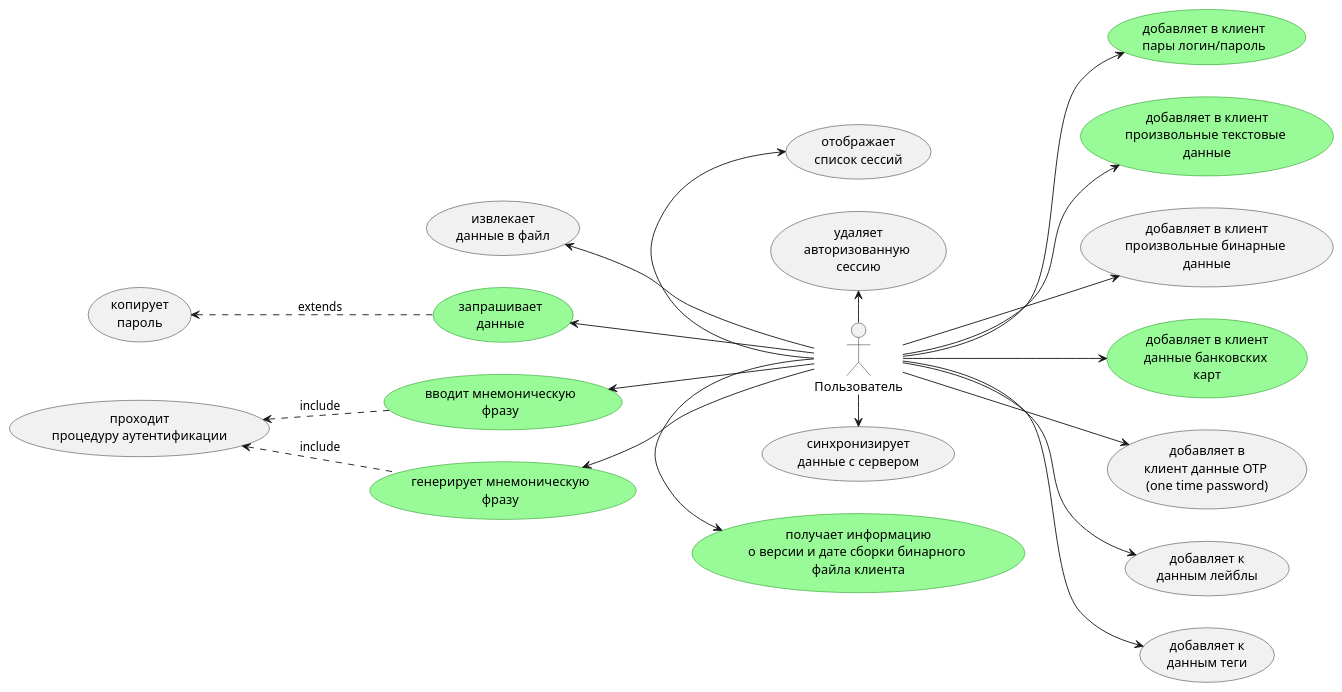
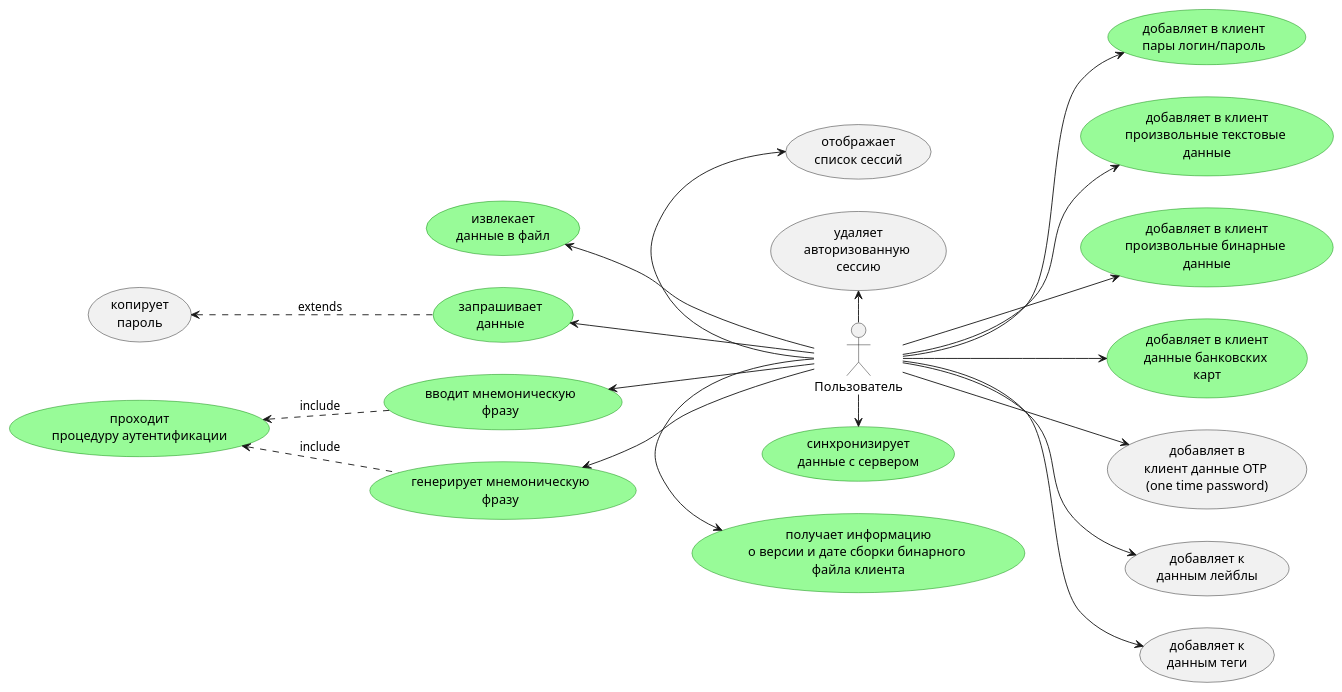
The diagram in doc/usecases.plantuml (gopherlearning/gophkeeper), drawn with PlantUML before and after one commit. The commit also changed 5 other files, not shown here.

```diff
--- a/doc/usecases.plantuml
+++ b/doc/usecases.plantuml
@@ -1,62 +1,62 @@
 @startuml usecase
 left to right direction
 actor Пользователь as u
 usecase UC1 #palegreen;line:green as "получает информацию 
 о версии и дате сборки бинарного 
 файла клиента" 
 usecase UC2 #palegreen;line:green as "генерирует мнемоническую
 фразу"
 usecase UC17  #palegreen;line:green as "вводит мнемоническую
 фразу"
-usecase UC11 as "проходит 
+usecase UC11 #palegreen;line:green as "проходит 
 процедуру аутентификации"
 usecase UC3 #palegreen;line:green as "добавляет в клиент 
 пары логин/пароль"
 usecase UC4  #palegreen;line:green as "добавляет в клиент 
 произвольные текстовые 
 данные"
-usecase UC5  as "добавляет в клиент 
+usecase UC5 #palegreen;line:green as "добавляет в клиент 
 произвольные бинарные 
 данные"
 usecase UC6 #palegreen;line:green as "добавляет в клиент 
 данные банковских 
 карт"
 usecase UC7  as "добавляет в 
 клиент данные OTP 
 (one time password)"
 usecase UC8  as "добавляет к 
 данным лейблы"
 usecase UC9  as "добавляет к 
 данным теги"
-usecase UC10 as "синхронизирует 
+usecase UC10 #palegreen;line:green as "синхронизирует 
 данные с сервером"
 usecase UC12 #palegreen;line:green as "запрашивает 
 данные"
 usecase UC13 as "копирует 
 пароль"
-usecase UC14 as "извлекает 
+usecase UC14 #palegreen;line:green as "извлекает 
 данные в файл"
 usecase UC15 as "отображает 
 список сессий"
 usecase UC16 as "удаляет 
 авторизованную 
 сессию"
 u -right-> UC1
 u -down-> UC3
 u -down-> UC4
 u -down-> UC5
 u -down-> UC6
 u -down-> UC7
 u -down-> UC8
 u -down-> UC9
 u -right-> UC10
 u -up-> (UC2)
 u -up-> (UC17)
 (UC17) .up-> (UC11) : include
 (UC2) .up-> (UC11) : include
 u -up-> UC12
 (UC12) .up-> (UC13) : extends
 u -up-> UC14
 u -left-> UC16
 u -left-> UC15
 @enduml
```
